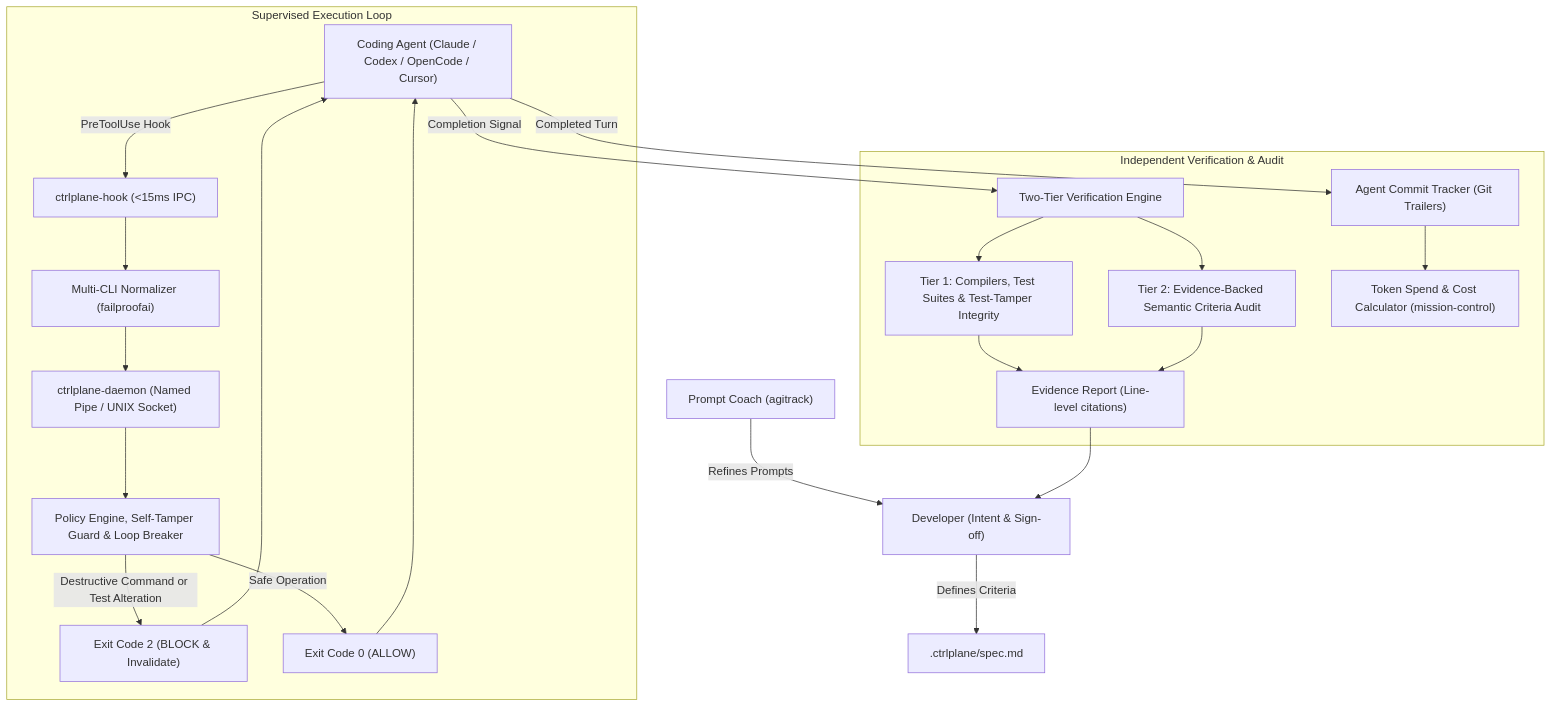
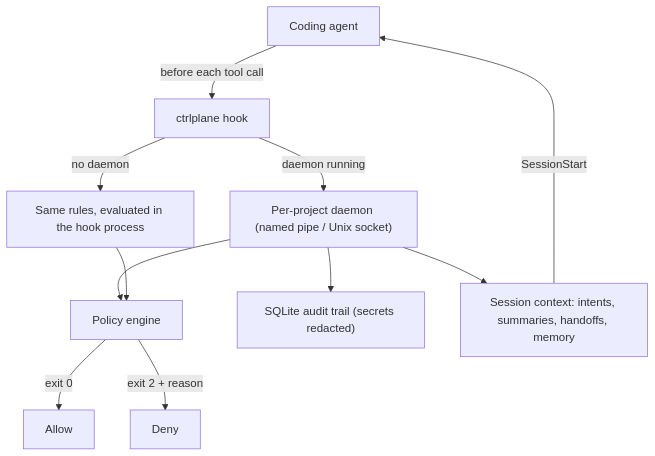
The diagram in README.md (ankit-tiwari-dev/agentdock-cli), drawn with Mermaid before and after one commit. The commit also changed other lines of this file and 14 other files, not shown here.

First line of the commit message:
docs: repo rules, issue log, architecture and decisions; README matches the code

````diff
--- a/README.md
+++ b/README.md
@@ -17,29 +12,13 @@
 ```mermaid
 flowchart TD
-    Dev["Developer (Intent & Sign-off)"] -->|Defines Criteria| Spec[".ctrlplane/spec.md"]
-    Coach["Prompt Coach (agitrack)"] -->|Refines Prompts| Dev
-    
-    subgraph Execution ["Supervised Execution Loop"]
-        Agent["Coding Agent (Claude / Codex / OpenCode / Cursor)"] -->|PreToolUse Hook| Shim["ctrlplane-hook (<15ms IPC)"]
-        Shim --> Normalizer["Multi-CLI Normalizer (failproofai)"]
-        Normalizer --> Daemon["ctrlplane-daemon (Named Pipe / UNIX Socket)"]
-        Daemon --> Policy["Policy Engine, Self-Tamper Guard & Loop Breaker"]
-        
-        Policy -->|Destructive Command or Test Alteration| Block["Exit Code 2 (BLOCK & Invalidate)"]
-        Block --> Agent
-        Policy -->|Safe Operation| Allow["Exit Code 0 (ALLOW)"]
-        Allow --> Agent
-    end
-    
-    Agent -->|Completed Turn| GitTracker["Agent Commit Tracker (Git Trailers)"]
-    Agent -->|Completion Signal| Verifier["Two-Tier Verification Engine"]
-    
-    subgraph Verification ["Independent Verification & Audit"]
-        Verifier --> T1["Tier 1: Compilers, Test Suites & Test-Tamper Integrity"]
-        Verifier --> T2["Tier 2: Evidence-Backed Semantic Criteria Audit"]
-        T1 & T2 --> Report["Evidence Report (Line-level citations)"]
-        GitTracker --> Spend["Token Spend & Cost Calculator (mission-control)"]
-    end
-    
-    Report --> Dev
+    Agent["Coding agent"] -->|before each tool call| Hook["ctrlplane hook"]
+    Hook -->|daemon running| Daemon["Per-project daemon (named pipe / Unix socket)"]
+    Hook -->|no daemon| Local["Same rules, evaluated in the hook process"]
+    Daemon --> Rules["Policy engine"]
+    Local --> Rules
+    Rules -->|exit 0| Allow["Allow"]
+    Rules -->|exit 2 + reason| Deny["Deny"]
+    Daemon --> Audit["SQLite audit trail (secrets redacted)"]
+    Daemon --> Context["Session context: intents, summaries, handoffs, memory"]
+    Context -->|SessionStart| Agent
 ```
````
